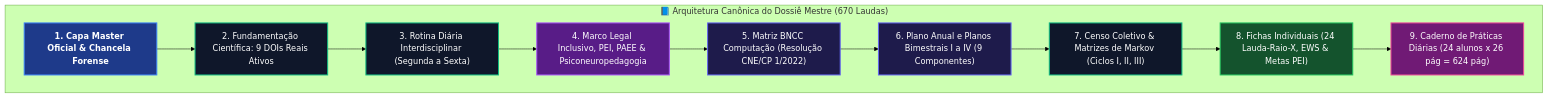
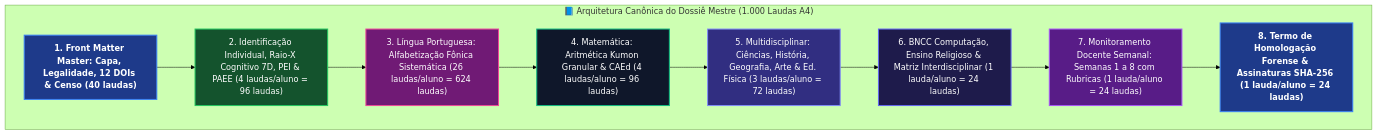
The second of 17 diagrams in README.md (MarceloClaro/AiramVeras), drawn with Mermaid (forest theme) before and after one commit. The commit also changed other lines of this file and 10 other files, not shown here.

Commit message:
feat(dossie): expande dossie mestre para 1000 laudas multidisciplinares banco 56 tabelas e bloco 14 no ledger

````diff
--- a/README.md
+++ b/README.md
@@ -115,23 +115,23 @@
 ```mermaid
 graph TD
     classDef capBox fill:#1e3a8a,stroke:#3b82f6,stroke-width:2px,color:#ffffff,font-weight:bold;
     classDef sciBox fill:#0f172a,stroke:#10b981,stroke-width:2px,color:#ffffff;
     classDef legBox fill:#581c87,stroke:#a855f7,stroke-width:2px,color:#ffffff;
     classDef planBox fill:#1e1b4b,stroke:#6366f1,stroke-width:2px,color:#ffffff;
     classDef indBox fill:#14532d,stroke:#22c55e,stroke-width:2px,color:#ffffff;
     classDef pratBox fill:#701a75,stroke:#ec4899,stroke-width:2px,color:#ffffff;
+    classDef multiBox fill:#312e81,stroke:#818cf8,stroke-width:2px,color:#ffffff;
 
-    subgraph DOSSIE ["📘 Arquitetura Canônica do Dossiê Mestre (670 Laudas)"]
-        S1["1. Capa Master Oficial & Chancela Forense"]:::capBox
-        S2["2. Fundamentação Científica: 9 DOIs Reais Ativos"]:::sciBox
-        S3["3. Rotina Diária Interdisciplinar (Segunda a Sexta)"]:::sciBox
-        S4["4. Marco Legal Inclusivo, PEI, PAEE & Psiconeuropedagogia"]:::legBox
-        S5["5. Matriz BNCC Computação (Resolução CNE/CP 1/2022)"]:::planBox
-        S6["6. Plano Anual e Planos Bimestrais I a IV (9 Componentes)"]:::planBox
-        S7["7. Censo Coletivo & Matrizes de Markov (Ciclos I, II, III)"]:::sciBox
-        S8["8. Fichas Individuais (24 Lauda-Raio-X, EWS & Metas PEI)"]:::indBox
-        S9["9. Caderno de Práticas Diárias (24 alunos x 26 pág = 624 pág)"]:::pratBox
+    subgraph DOSSIE ["📘 Arquitetura Canônica do Dossiê Mestre (1.000 Laudas A4)"]
+        S1["1. Front Matter Master: Capa, Legalidade, 12 DOIs & Censo (40 laudas)"]:::capBox
+        S2["2. Identificação Individual, Raio-X Cognitivo 7D, PEI & PAEE (4 laudas/aluno = 96 laudas)"]:::indBox
+        S3["3. Língua Portuguesa: Alfabetização Fônica Sistemática (26 laudas/aluno = 624 laudas)"]:::pratBox
+        S4["4. Matemática: Aritmética Kumon Granular & CAEd (4 laudas/aluno = 96 laudas)"]:::sciBox
+        S5["5. Multidisciplinar: Ciências, História, Geografia, Arte & Ed. Física (3 laudas/aluno = 72 laudas)"]:::multiBox
+        S6["6. BNCC Computação, Ensino Religioso & Matriz Interdisciplinar (1 lauda/aluno = 24 laudas)"]:::planBox
+        S7["7. Monitoramento Docente Semanal: Semanas 1 a 8 com Rubricas (1 lauda/aluno = 24 laudas)"]:::legBox
+        S8["8. Termo de Homologação Forense & Assinaturas SHA-256 (1 lauda/aluno = 24 laudas)"]:::capBox
 
-        S1 --> S2 --> S3 --> S4 --> S5 --> S6 --> S7 --> S8 --> S9
+        S1 --> S2 --> S3 --> S4 --> S5 --> S6 --> S7 --> S8
     end
 ```
````
